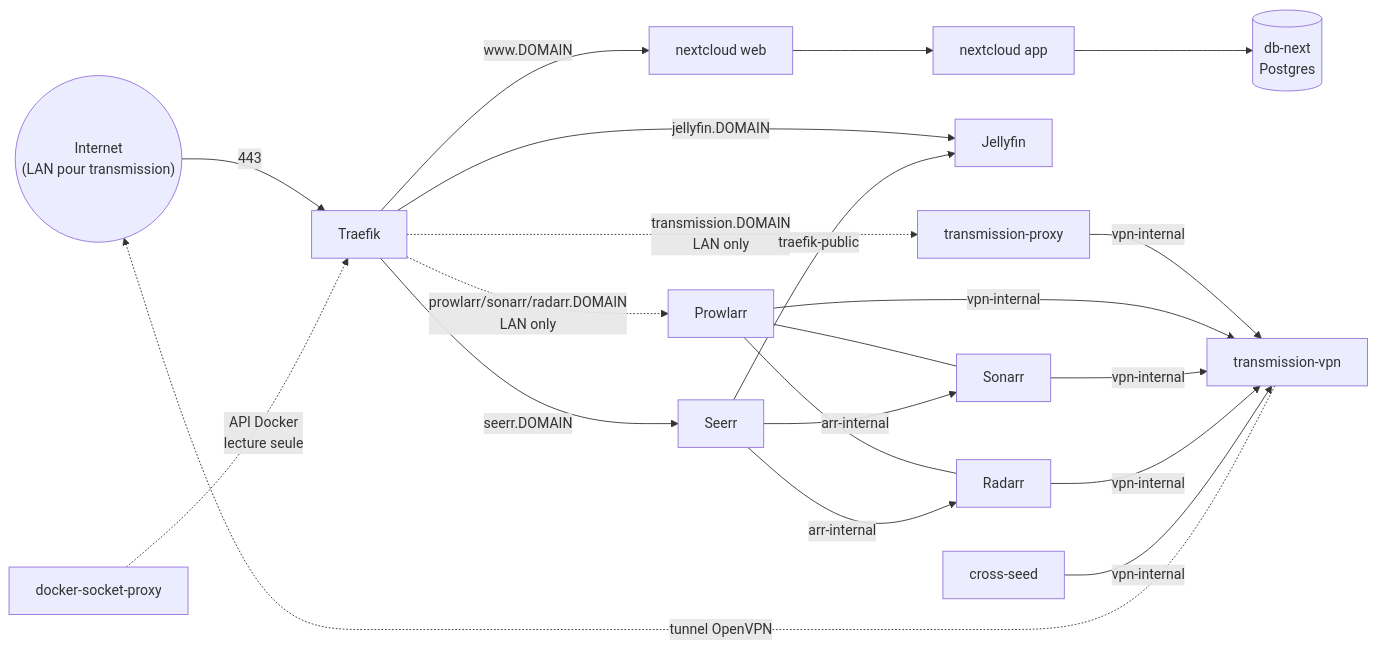
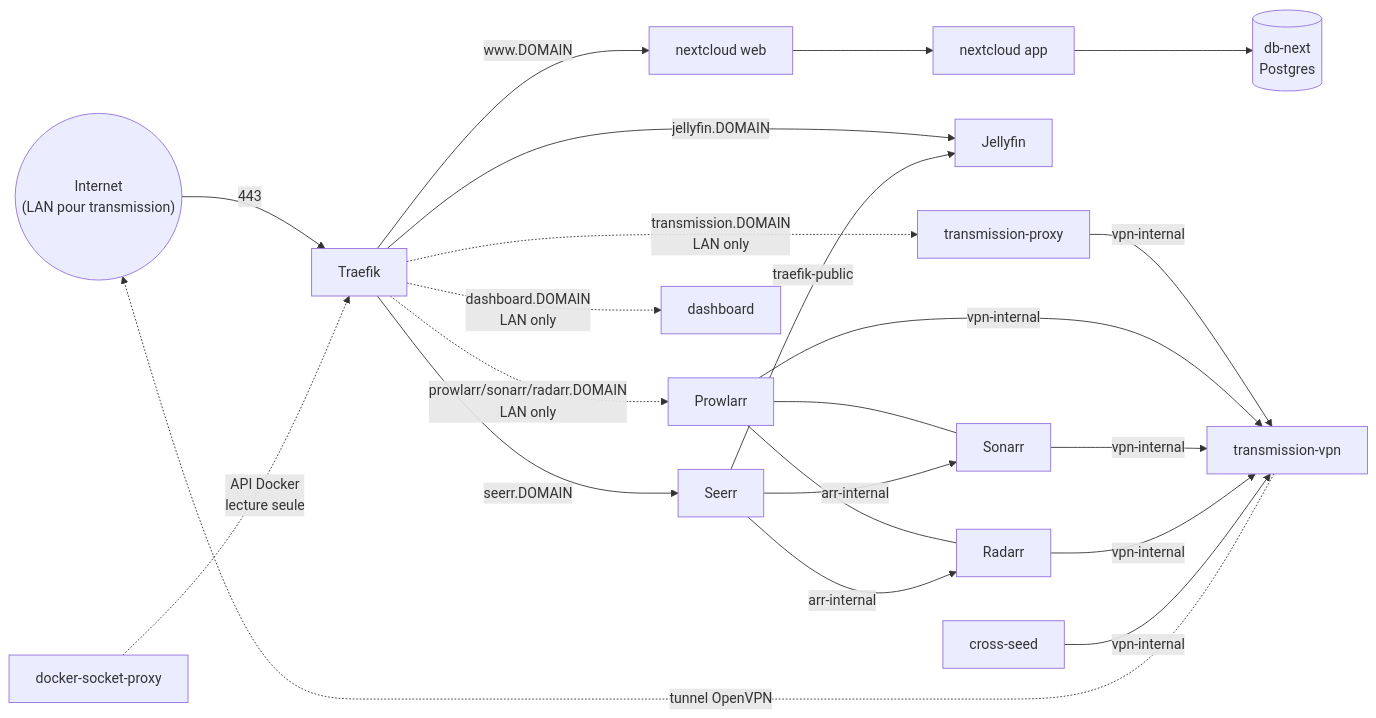
One commit to nattyebola/home-server-services changed the diagram in README.md. Above: the diagram before and after it, drawn with Mermaid. The commit also changed other lines of this file and 12 other files, not shown here.

First line of the commit message:
Add services dashboard (public/local/stopped), served via traefik/

````diff
--- a/README.md
+++ b/README.md
@@ -15,29 +15,31 @@
 ```mermaid
 flowchart LR
     Internet(("Internet\n(LAN pour transmission)")) -->|"443"| Traefik
 
     Traefik -->|"www.DOMAIN"| Web[nextcloud web]
     Web --> App[nextcloud app]
     App --> DB[("db-next\nPostgres")]
 
     Traefik -->|"jellyfin.DOMAIN"| Jellyfin
 
     Traefik -.->|"transmission.DOMAIN\nLAN only"| Proxy[transmission-proxy]
     Proxy -->|"vpn-internal"| VPN[transmission-vpn]
     VPN -.->|"tunnel OpenVPN"| Internet
 
     SocketProxy[docker-socket-proxy] -.->|"API Docker\nlecture seule"| Traefik
 
     Traefik -.->|"prowlarr/sonarr/radarr.DOMAIN\nLAN only"| Prowlarr
     Prowlarr --- Sonarr
     Prowlarr --- Radarr
     Prowlarr -->|"vpn-internal"| VPN
     Sonarr -->|"vpn-internal"| VPN
     Radarr -->|"vpn-internal"| VPN
     CrossSeed[cross-seed] -->|"vpn-internal"| VPN
 
     Traefik -->|"seerr.DOMAIN"| Seerr
     Seerr -->|"arr-internal"| Sonarr
     Seerr -->|"arr-internal"| Radarr
     Seerr -->|"traefik-public"| Jellyfin
+
+    Traefik -.->|"dashboard.DOMAIN\nLAN only"| Dashboard[dashboard]
 ```
````
